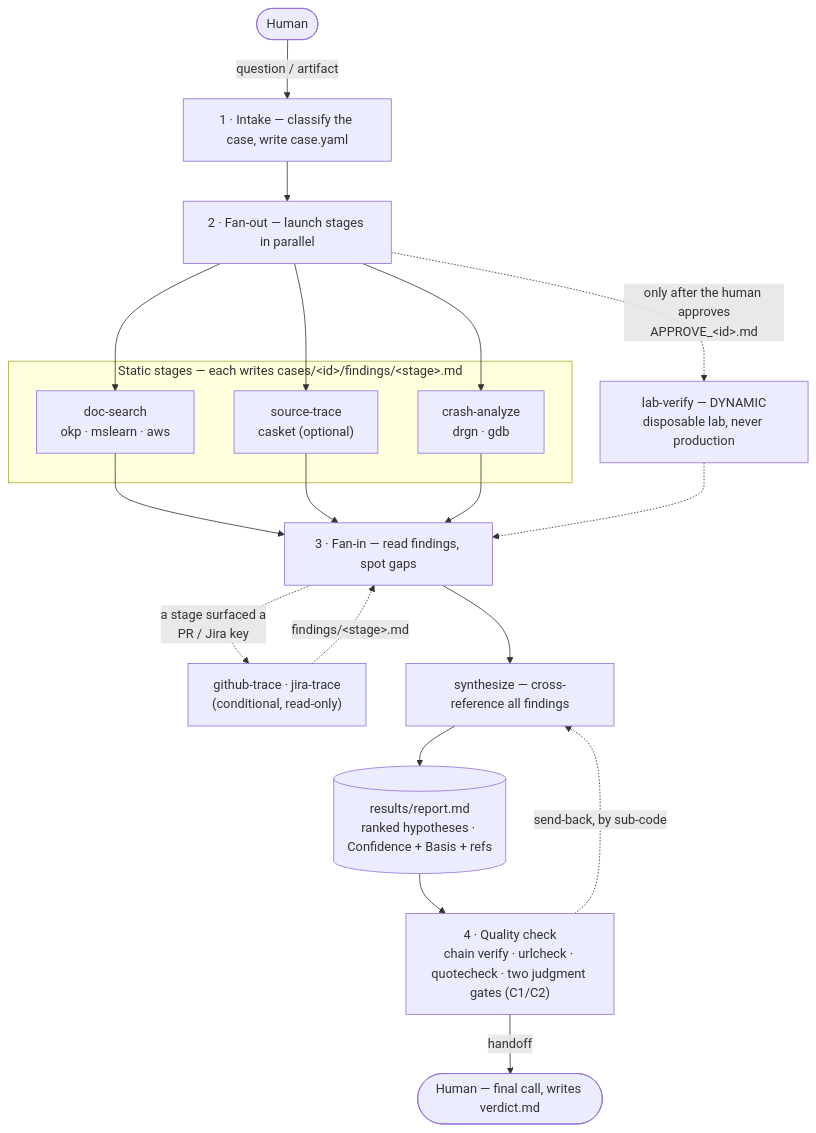
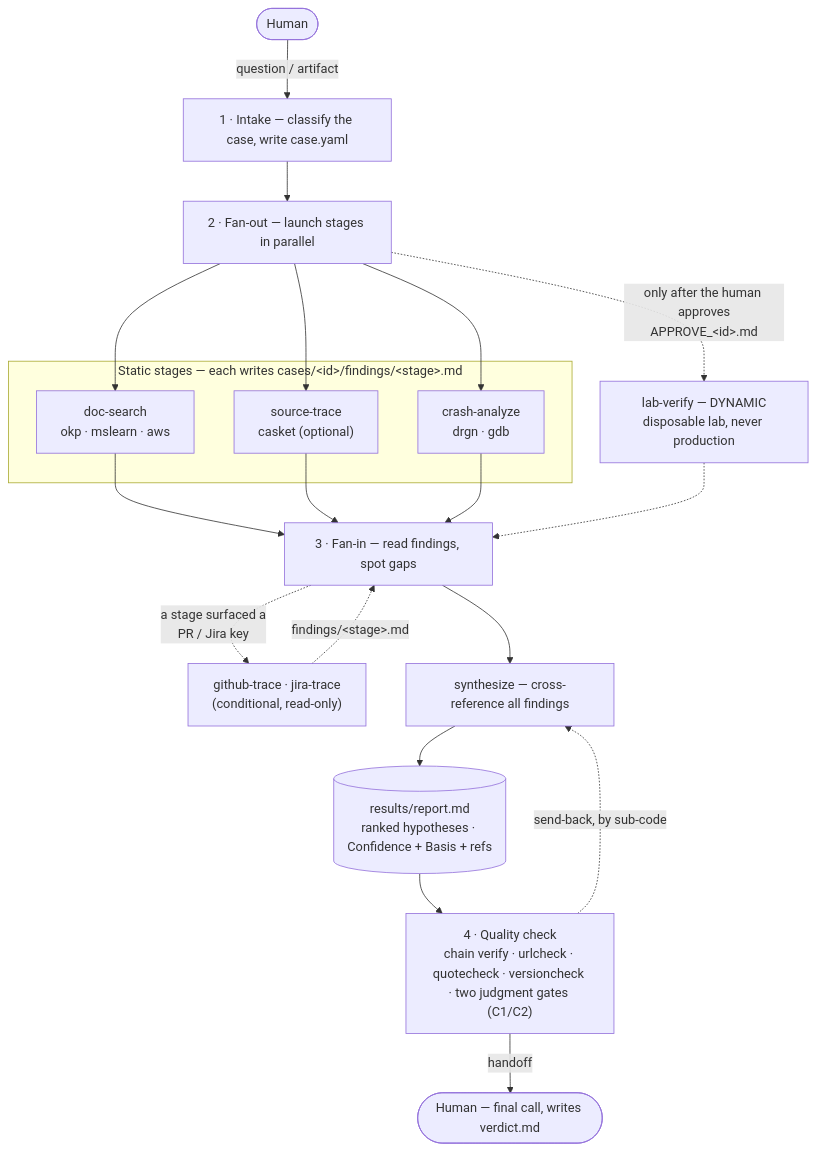
Before and after one commit to nogunix/janus: the first of 2 diagrams in README.md, drawn with Mermaid. The commit also changed other lines of this file and 5 other files, not shown here.

````diff
--- a/README.md
+++ b/README.md
@@ -33,32 +33,32 @@
 ```mermaid
 flowchart TD
     human(["Human"]) -->|"question / artifact"| intake
 
     intake["1&nbsp;· Intake — classify the case, write case.yaml"] --> fanout
     fanout["2&nbsp;· Fan-out — launch stages in parallel"]
 
     subgraph stages["Static stages — each writes cases/&lt;id&gt;/findings/&lt;stage&gt;.md"]
         ds["doc-search<br/>okp · mslearn · aws"]
         st["source-trace<br/>casket (optional)"]
         ca["crash-analyze<br/>drgn · gdb"]
     end
 
     lv["lab-verify — DYNAMIC<br/>disposable lab, never production"]
 
     fanout --> ds & st & ca
     fanout -.->|"only after the human approves<br/>APPROVE_&lt;id&gt;.md"| lv
 
     ds & st & ca --> fanin
     lv -.-> fanin
     fanin["3&nbsp;· Fan-in — read findings, spot gaps"]
 
     follow["github-trace · jira-trace<br/>(conditional, read-only)"]
     fanin -.->|"a stage surfaced a<br/>PR / Jira key"| follow
     follow -.->|"findings/&lt;stage&gt;.md"| fanin
 
     fanin --> syn["synthesize — cross-reference all findings"]
     syn --> report[("results/report.md<br/>ranked hypotheses · Confidence + Basis + refs")]
-    report --> qc["4&nbsp;· Quality check<br/>chain verify · urlcheck · quotecheck · two judgment gates (C1/C2)"]
+    report --> qc["4&nbsp;· Quality check<br/>chain verify · urlcheck · quotecheck · versioncheck · two judgment gates (C1/C2)"]
     qc -.->|"send-back, by sub-code"| syn
     qc -->|"handoff"| human2(["Human — final call, writes verdict.md"])
 ```
````
